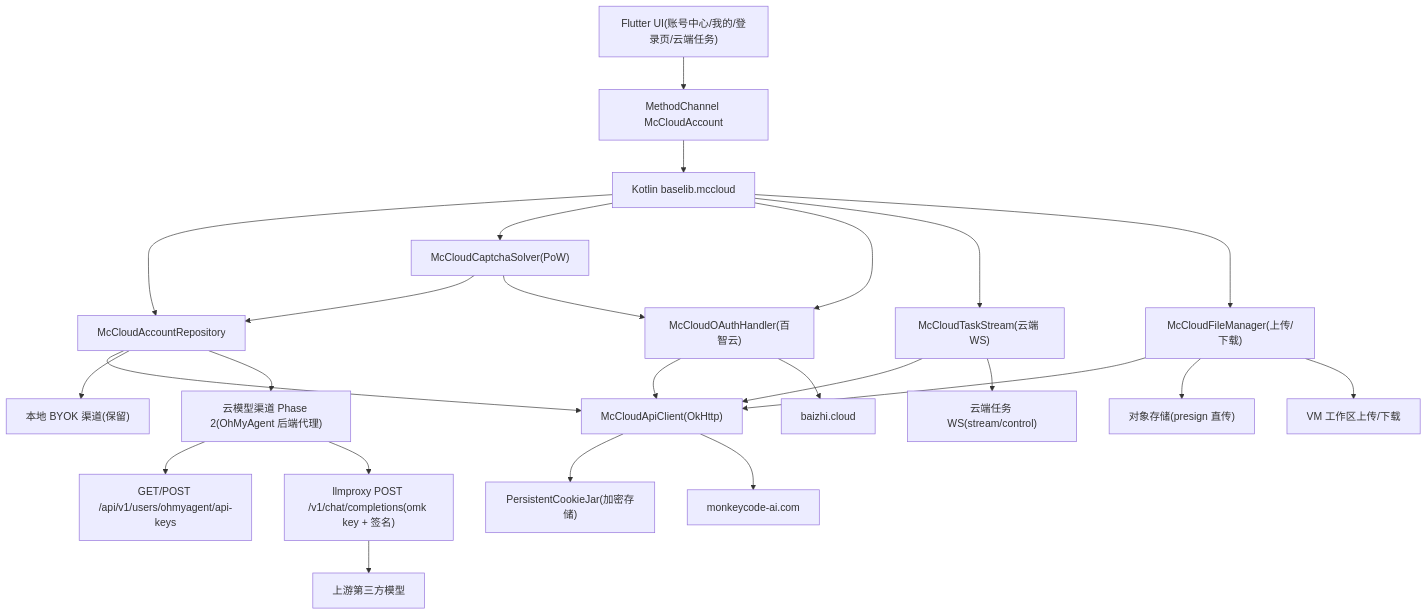
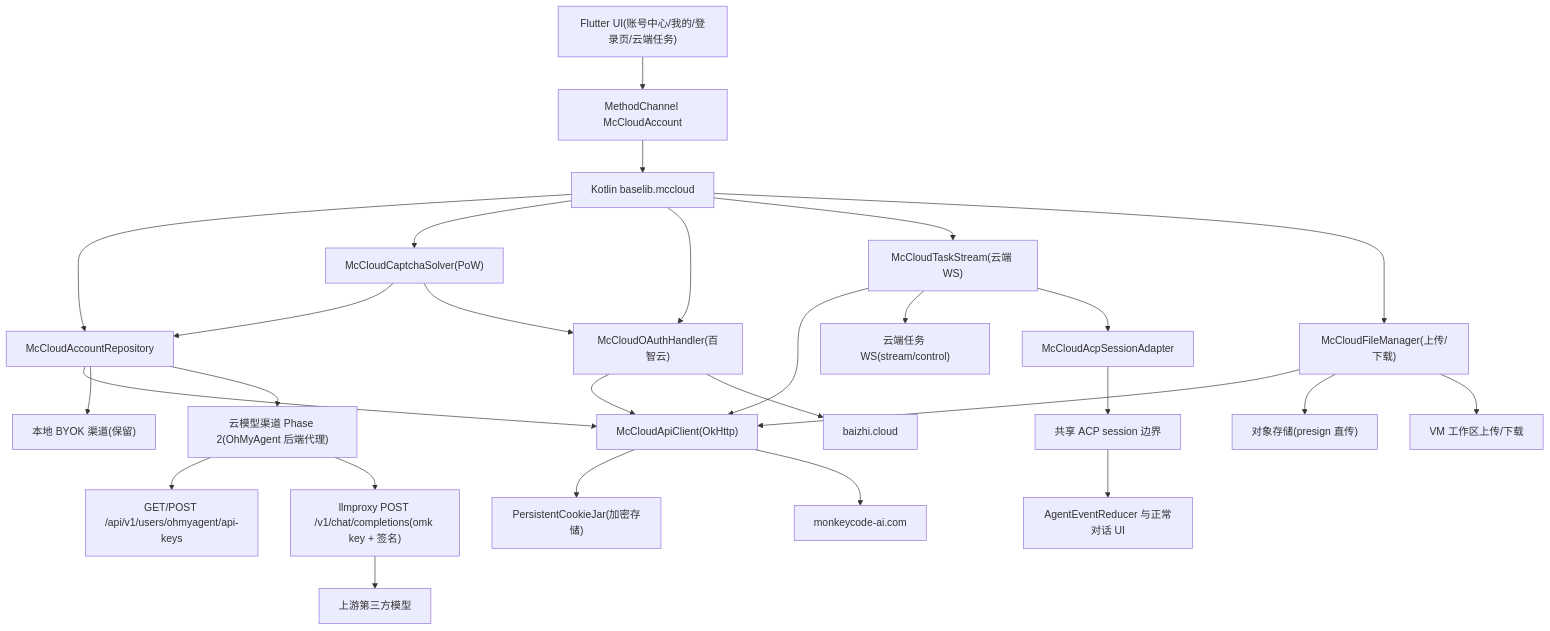
One commit to tall-1997/OmniBot changed the first of 2 diagrams in .monkeycode/specs/monkeycode-cloud-integration/design.md. Above: the diagram before and after it, drawn with Mermaid. The commit also changed other lines of this file and 38 other files, not shown here.

````diff
--- a/.monkeycode/specs/monkeycode-cloud-integration/design.md
+++ b/.monkeycode/specs/monkeycode-cloud-integration/design.md
@@ -26,27 +28,30 @@
 ```mermaid
 graph TD
     A["Flutter UI(账号中心/我的/登录页/云端任务)"] --> B["MethodChannel McCloudAccount"]
     B --> C["Kotlin baselib.mccloud"]
     C --> D["McCloudAccountRepository"]
     C --> E["McCloudCaptchaSolver(PoW)"]
     C --> F["McCloudOAuthHandler(百智云)"]
     C --> P["McCloudTaskStream(云端 WS)"]
     C --> Q["McCloudFileManager(上传/下载)"]
     D --> G["McCloudApiClient(OkHttp)"]
     F --> G
     P --> G
     Q --> G
     G --> H["PersistentCookieJar(加密存储)"]
     G --> I["monkeycode-ai.com"]
     F --> J["baizhi.cloud"]
     E --> D
     E --> F
     D --> K["本地 BYOK 渠道(保留)"]
     D --> L["云模型渠道 Phase 2(OhMyAgent 后端代理)"]
     L --> M["GET/POST /api/v1/users/ohmyagent/api-keys"]
     L --> N["llmproxy POST /v1/chat/completions(omk key + 签名)"]
     N --> O["上游第三方模型"]
     P --> R["云端任务 WS(stream/control)"]
     Q --> S["对象存储(presign 直传)"]
     Q --> T["VM 工作区上传/下载"]
+    P --> U["McCloudAcpSessionAdapter"]
+    U --> V["共享 ACP session 边界"]
+    V --> W["AgentEventReducer 与正常对话 UI"]
 ```
````
